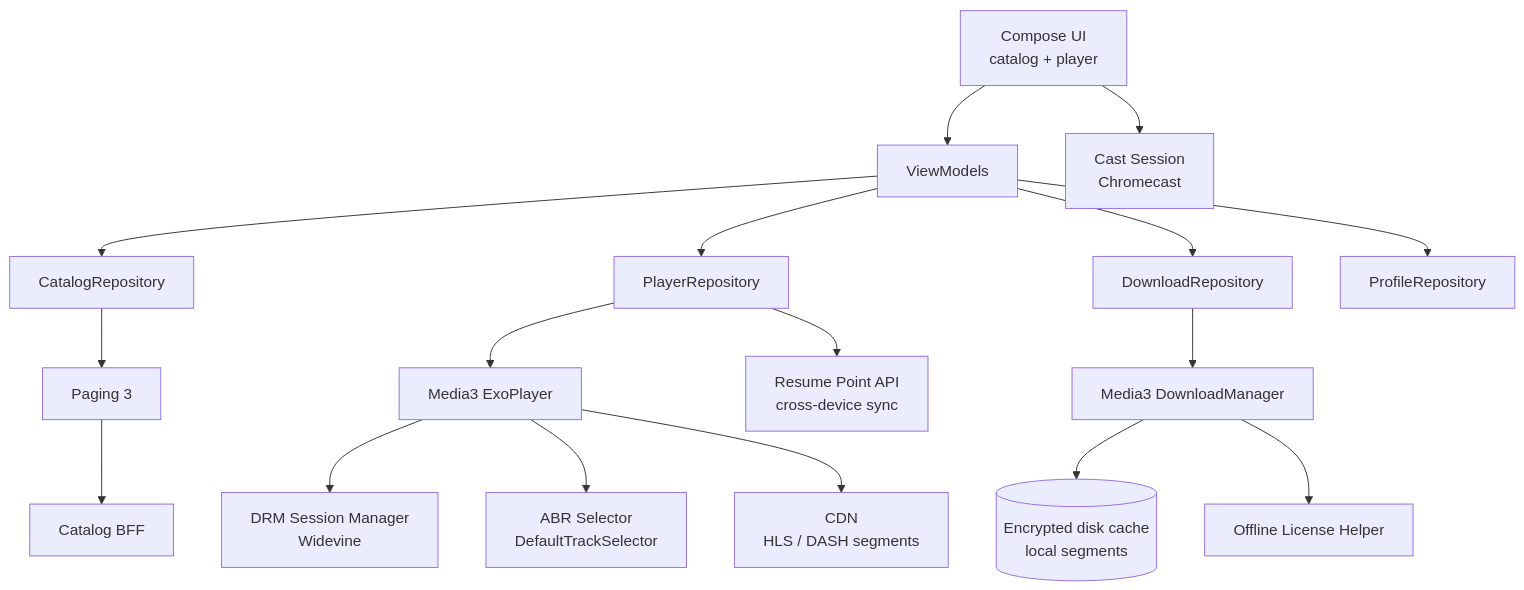
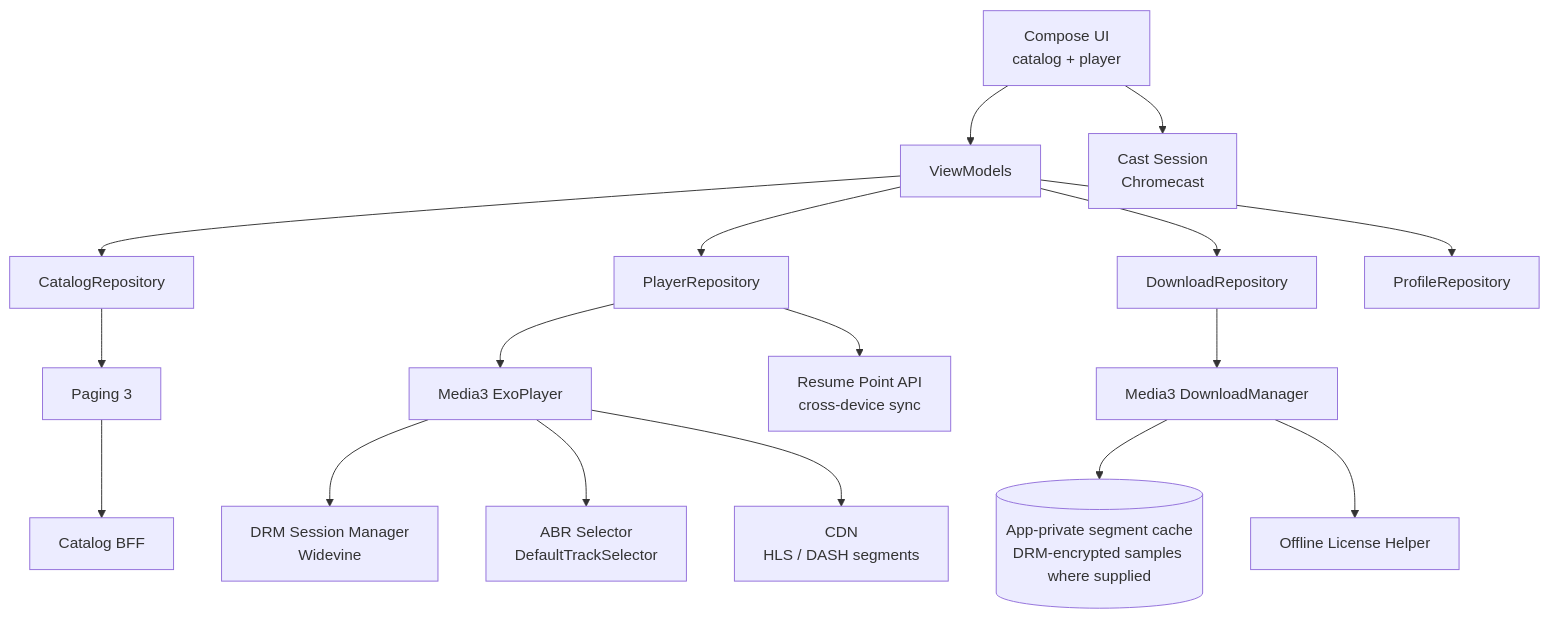
Before and after one commit to swarnsingh/android-staff-engineer-playbook-website: the first of 4 diagrams in reference-architectures/video-streaming-app.md, drawn with Mermaid. The commit also changed other lines of this file and 37 other files, not shown here.

Commit message:
Add the reviewed Reference Architectures chapters to the website

````diff
--- a/reference-architectures/video-streaming-app.md
+++ b/reference-architectures/video-streaming-app.md
@@ -37,19 +41,19 @@
 ```mermaid
 flowchart TB
     UI["Compose UI<br/>catalog + player"] --> VM[ViewModels]
     VM --> CatalogRepo[CatalogRepository]
     VM --> PlayerRepo[PlayerRepository]
     VM --> DownloadRepo[DownloadRepository]
     VM --> ProfileRepo[ProfileRepository]
     CatalogRepo --> Pager[Paging 3]
     Pager --> CatalogApi[Catalog BFF]
     PlayerRepo --> ExoPlayer[Media3 ExoPlayer]
     ExoPlayer --> Drm["DRM Session Manager<br/>Widevine"]
     ExoPlayer --> Abr["ABR Selector<br/>DefaultTrackSelector"]
     ExoPlayer --> CDN["CDN<br/>HLS / DASH segments"]
     PlayerRepo --> ResumeApi["Resume Point API<br/>cross-device sync"]
     DownloadRepo --> DownloadMgr[Media3 DownloadManager]
-    DownloadMgr --> DiskCache[(Encrypted disk cache<br/>local segments)]
+    DownloadMgr --> DiskCache[(App-private segment cache<br/>DRM-encrypted samples where supplied)]
     DownloadMgr --> OfflineLicense[Offline License Helper]
     UI --> CastSession["Cast Session<br/>Chromecast"]
 ```
````
